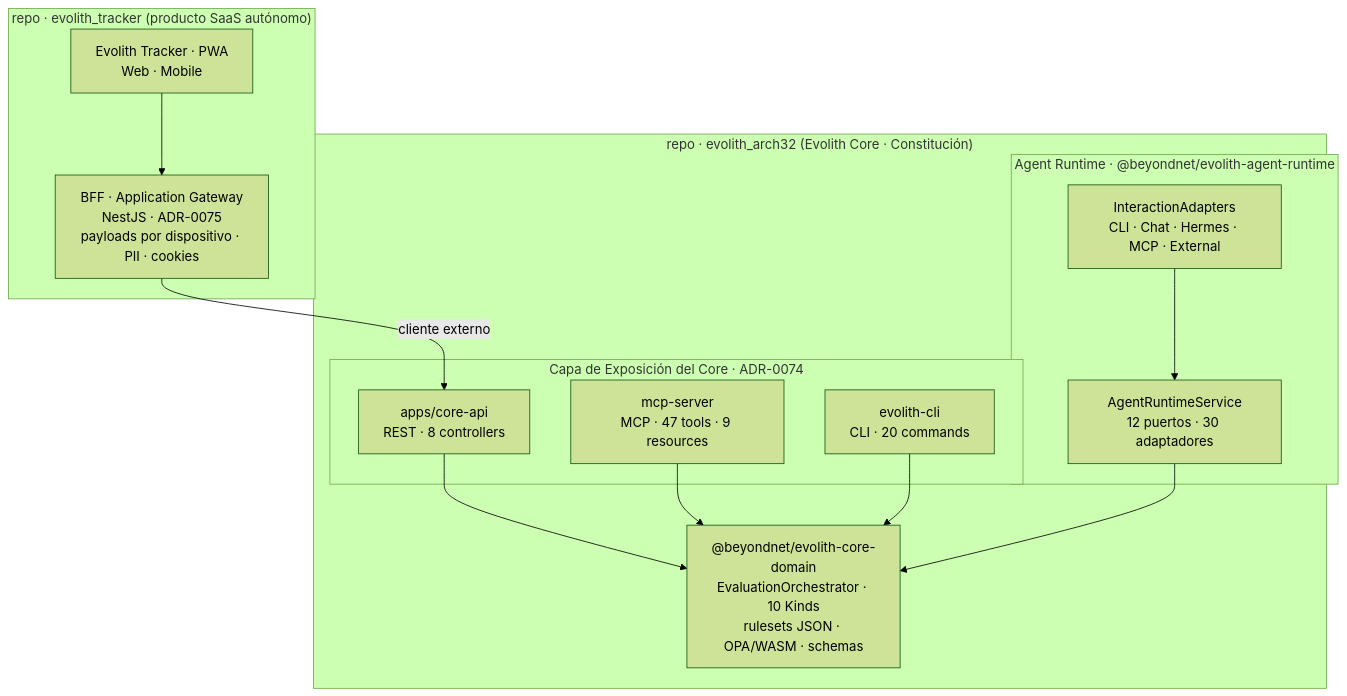
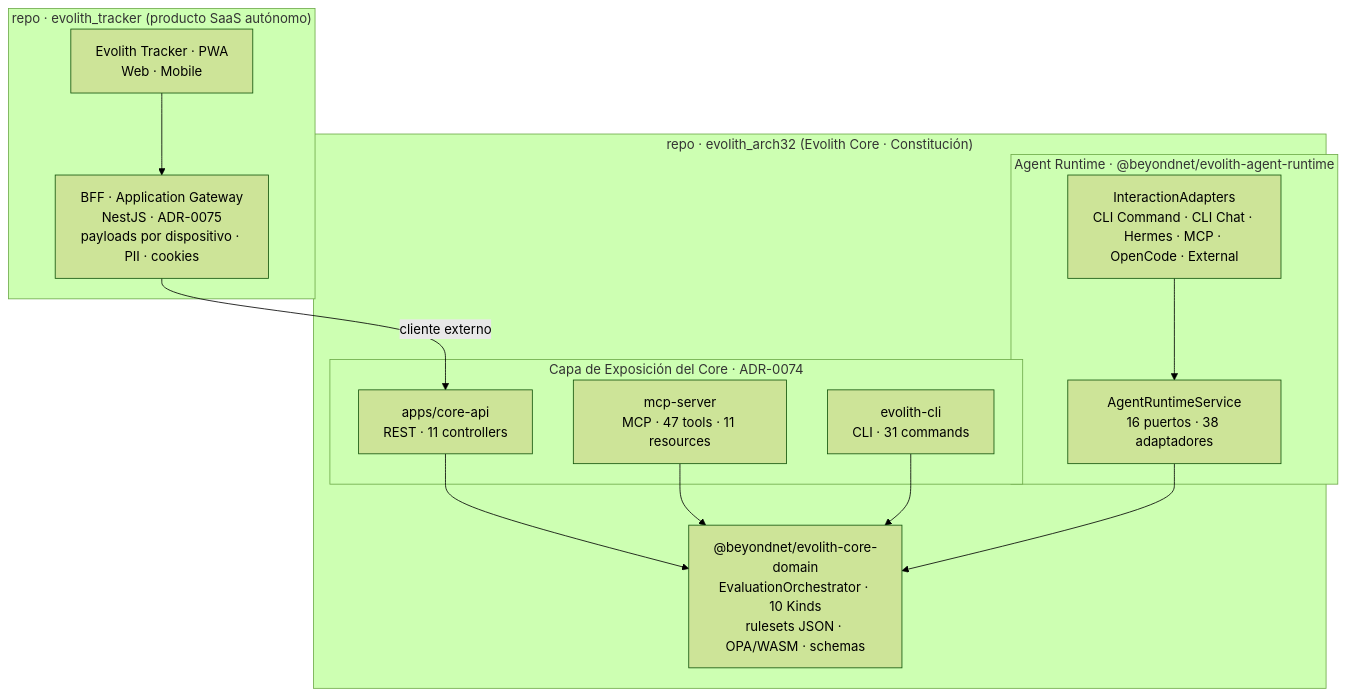
The diagram in product/suite/vision/evolith-product-vision-master.es.md (beyondnetcode/evolith_arch32), drawn with Mermaid (forest theme) before and after one commit. The commit also changed other lines of this file and 8 other files, not shown here.

````diff
--- a/product/suite/vision/evolith-product-vision-master.es.md
+++ b/product/suite/vision/evolith-product-vision-master.es.md
@@ -157,24 +157,24 @@
 ```mermaid
 flowchart TB
   subgraph TRK["repo · evolith_tracker (producto SaaS autónomo)"]
     PWA["Evolith Tracker · PWA<br/>Web · Mobile"] --> BFF["BFF · Application Gateway<br/>NestJS · ADR-0075<br/>payloads por dispositivo · PII · cookies"]
   end
   subgraph CORE["repo · evolith_arch32 (Evolith Core · Constitución)"]
     subgraph EXP["Capa de Exposición del Core · ADR-0074"]
-      API["apps/core-api<br/>REST · 8 controllers"]
-      MCP["mcp-server<br/>MCP · 47 tools · 9 resources"]
-      CLI["evolith-cli<br/>CLI · 20 commands"]
+      API["apps/core-api<br/>REST · 11 controllers"]
+      MCP["mcp-server<br/>MCP · 47 tools · 11 resources"]
+      CLI["evolith-cli<br/>CLI · 31 commands"]
     end
     subgraph RT["Agent Runtime · @beyondnet/evolith-agent-runtime"]
-      ARS["AgentRuntimeService<br/>12 puertos · 30 adaptadores"]
-      IA["InteractionAdapters<br/>CLI · Chat · Hermes · MCP · External"]
+      ARS["AgentRuntimeService<br/>16 puertos · 38 adaptadores"]
+      IA["InteractionAdapters<br/>CLI Command · CLI Chat · Hermes · MCP · OpenCode · External"]
     end
     DOM["@beyondnet/evolith-core-domain<br/>EvaluationOrchestrator · 10 Kinds<br/>rulesets JSON · OPA/WASM · schemas"]
     API --> DOM
     MCP --> DOM
     CLI --> DOM
     ARS --> DOM
     IA --> ARS
   end
   BFF -->|cliente externo| API
 ```
````
